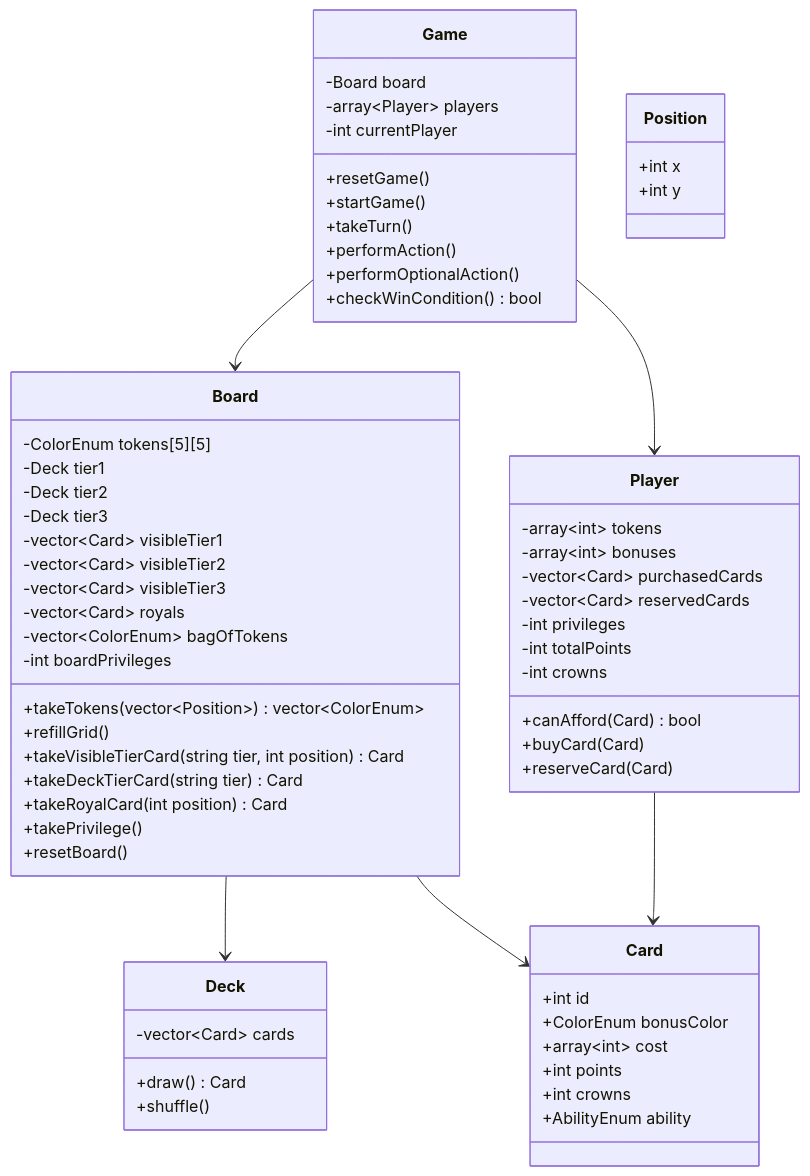
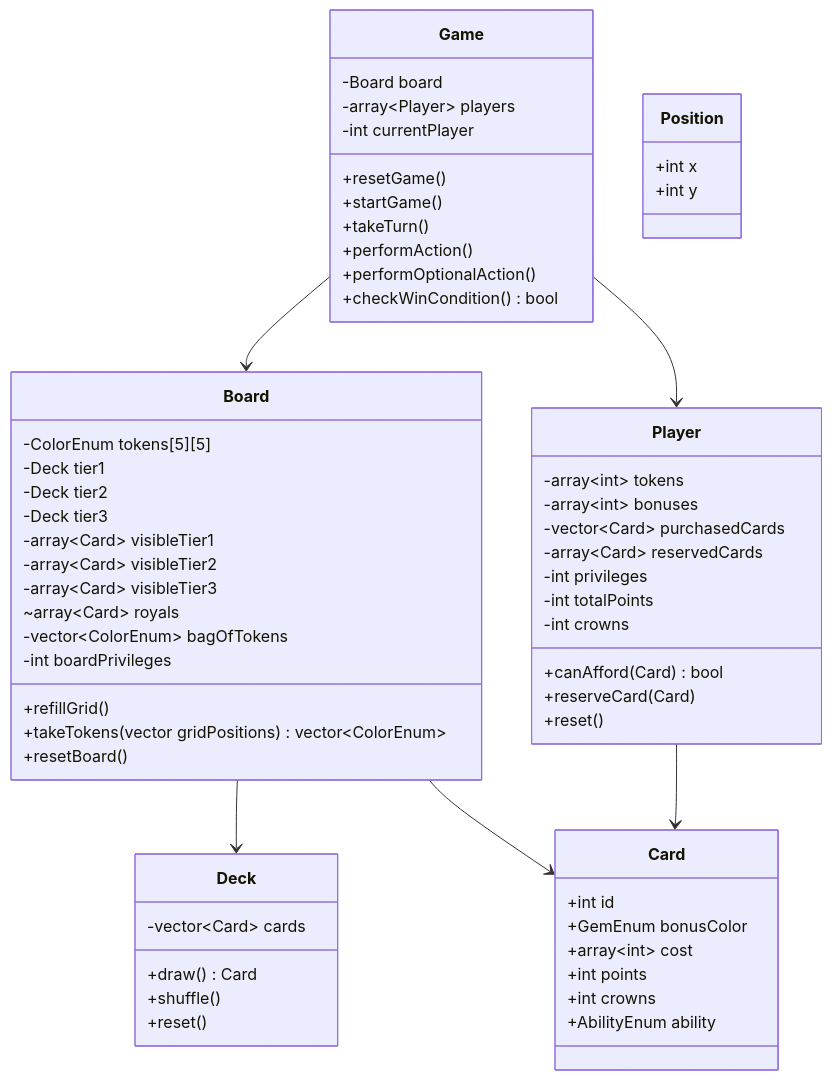
Before and after one commit to josephc8464/SplendorDuel: the diagram in docs/ClassDiagrams/ClassDiagram.mmd, drawn with Mermaid. The commit also changed 8 other files, not shown here.

```diff
--- a/docs/ClassDiagrams/ClassDiagram.mmd
+++ b/docs/ClassDiagrams/ClassDiagram.mmd
@@ -1,72 +1,69 @@
 classDiagram
 
 class Game {
     -Board board
     -array~Player~ players
     -int currentPlayer
     +resetGame()
     +startGame()
     +takeTurn()
     +performAction()
     +performOptionalAction()
     +checkWinCondition() bool
 }
 
 class Board {
     -ColorEnum tokens[5][5]
     -Deck tier1
     -Deck tier2
     -Deck tier3
-    -vector~Card~ visibleTier1
-    -vector~Card~ visibleTier2
-    -vector~Card~ visibleTier3
-    -vector~Card~ royals
+    -array~Card~ visibleTier1
+    -array~Card~ visibleTier2
+    -array~Card~ visibleTier3
+    ~array~Card~ royals
     -vector~ColorEnum~ bagOfTokens
     -int boardPrivileges
-    +takeTokens(vector~Position~) vector~ColorEnum~
     +refillGrid()
-    +takeVisibleTierCard(string tier, int position) Card
-    +takeDeckTierCard(string tier) Card
-    +takeRoyalCard(int position) Card
-    +takePrivilege()
+    +takeTokens(vector<Position> gridPositions) vector~ColorEnum~
     +resetBoard()
 }
 
 class Player {
     -array~int~ tokens
     -array~int~ bonuses
     -vector~Card~ purchasedCards
-    -vector~Card~ reservedCards
+    -array~Card~ reservedCards
     -int privileges
     -int totalPoints
     -int crowns
     +canAfford(Card) bool
-    +buyCard(Card)
     +reserveCard(Card)
+    +reset()
 }
 
 class Deck {
     -vector~Card~ cards
     +draw() Card
     +shuffle()
+    +reset()
 }
 
 class Card {
     +int id
-    +ColorEnum bonusColor
+    +GemEnum bonusColor
     +array~int~ cost
     +int points
     +int crowns
     +AbilityEnum ability
 }
 
 class Position {
     +int x
     +int y
 }
 
 Game --> Board
 Game --> Player
 Board --> Deck
 Board --> Card
 Player --> Card
```
